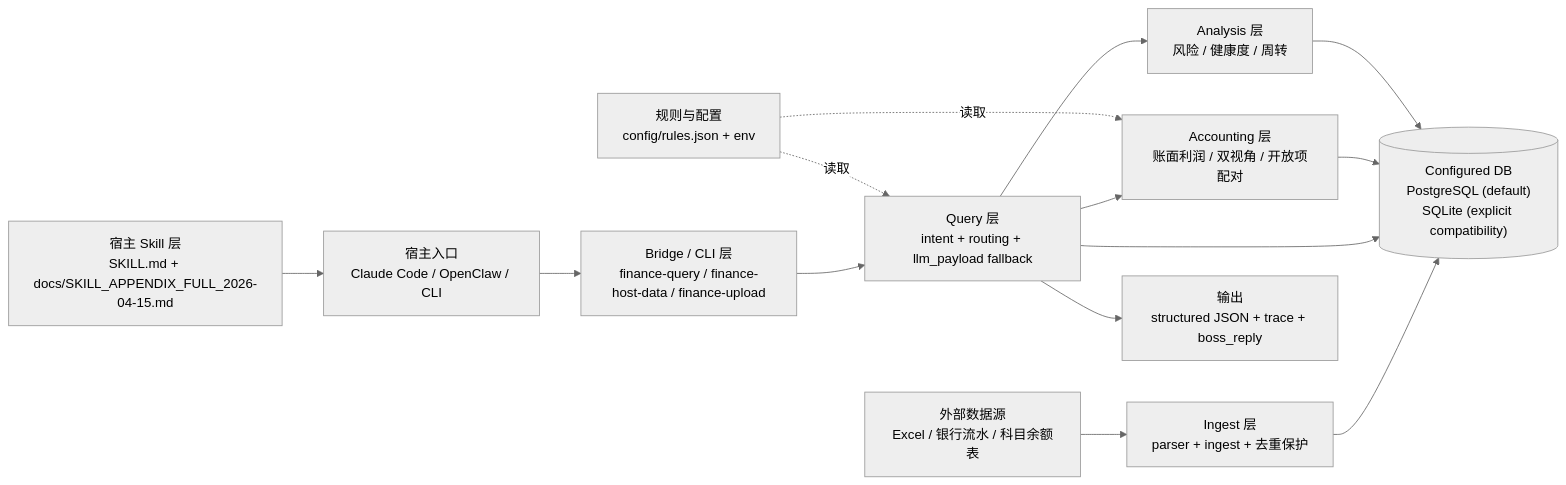
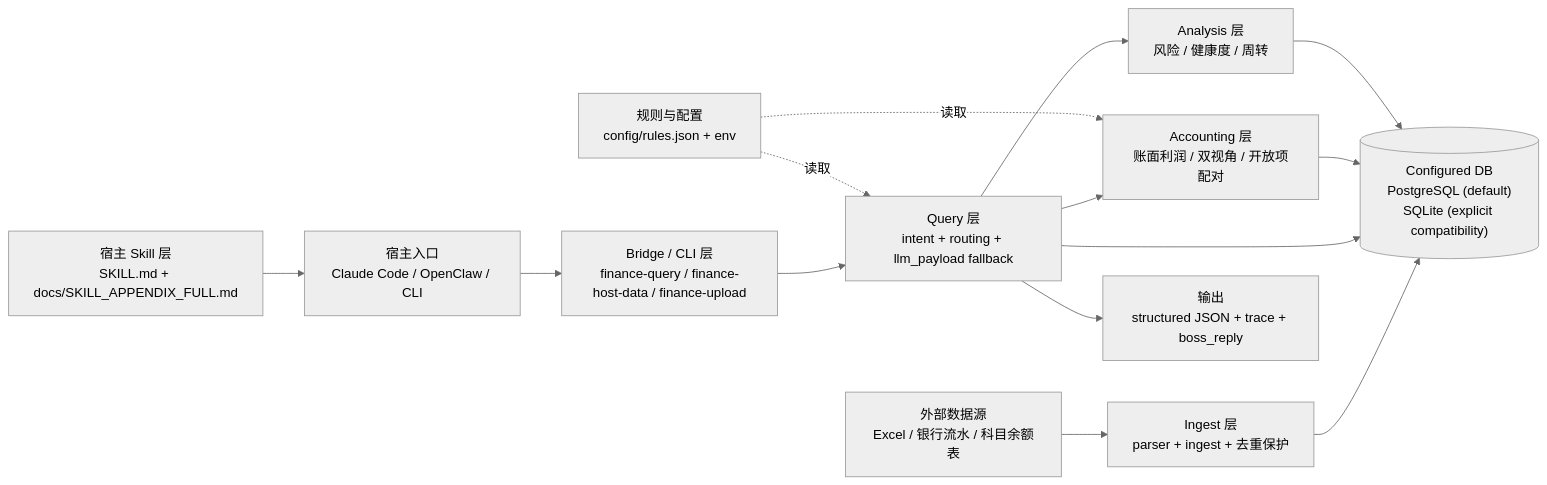
One commit to Asklear/finance_qa changed the diagram in docs/architecture/01-layered-architecture.md. Above: the diagram before and after it, drawn with Mermaid (neutral theme). The commit also changed other lines of this file and 11 other files, not shown here.

Commit message:
docs(skill): slim host contract and rename appendix

````diff
--- a/docs/architecture/01-layered-architecture.md
+++ b/docs/architecture/01-layered-architecture.md
@@ -3,20 +3,20 @@
 ```mermaid
 flowchart LR
     A["外部数据源<br/>Excel / 银行流水 / 科目余额表"] --> B["Ingest 层<br/>parser + ingest + 去重保护"]
     B --> C[("Configured DB<br/>PostgreSQL (default)<br/>SQLite (explicit compatibility)")]
 
-    S["宿主 Skill 层<br/>SKILL.md + docs/SKILL_APPENDIX_FULL_2026-04-15.md"] --> H["宿主入口<br/>Claude Code / OpenClaw / CLI"]
+    S["宿主 Skill 层<br/>SKILL.md + docs/SKILL_APPENDIX_FULL.md"] --> H["宿主入口<br/>Claude Code / OpenClaw / CLI"]
     H --> BR["Bridge / CLI 层<br/>finance-query / finance-host-data / finance-upload"]
     BR --> Q["Query 层<br/>intent + routing + llm_payload fallback"]
 
     Q --> ACC["Accounting 层<br/>账面利润 / 双视角 / 开放项配对"]
     Q --> ANA["Analysis 层<br/>风险 / 健康度 / 周转"]
     Q --> C
     ACC --> C
     ANA --> C
 
     CFG["规则与配置<br/>config/rules.json + env"] -.读取.-> Q
     CFG -.读取.-> ACC
 
     Q --> O["输出<br/>structured JSON + trace + boss_reply"]
 ```
````
